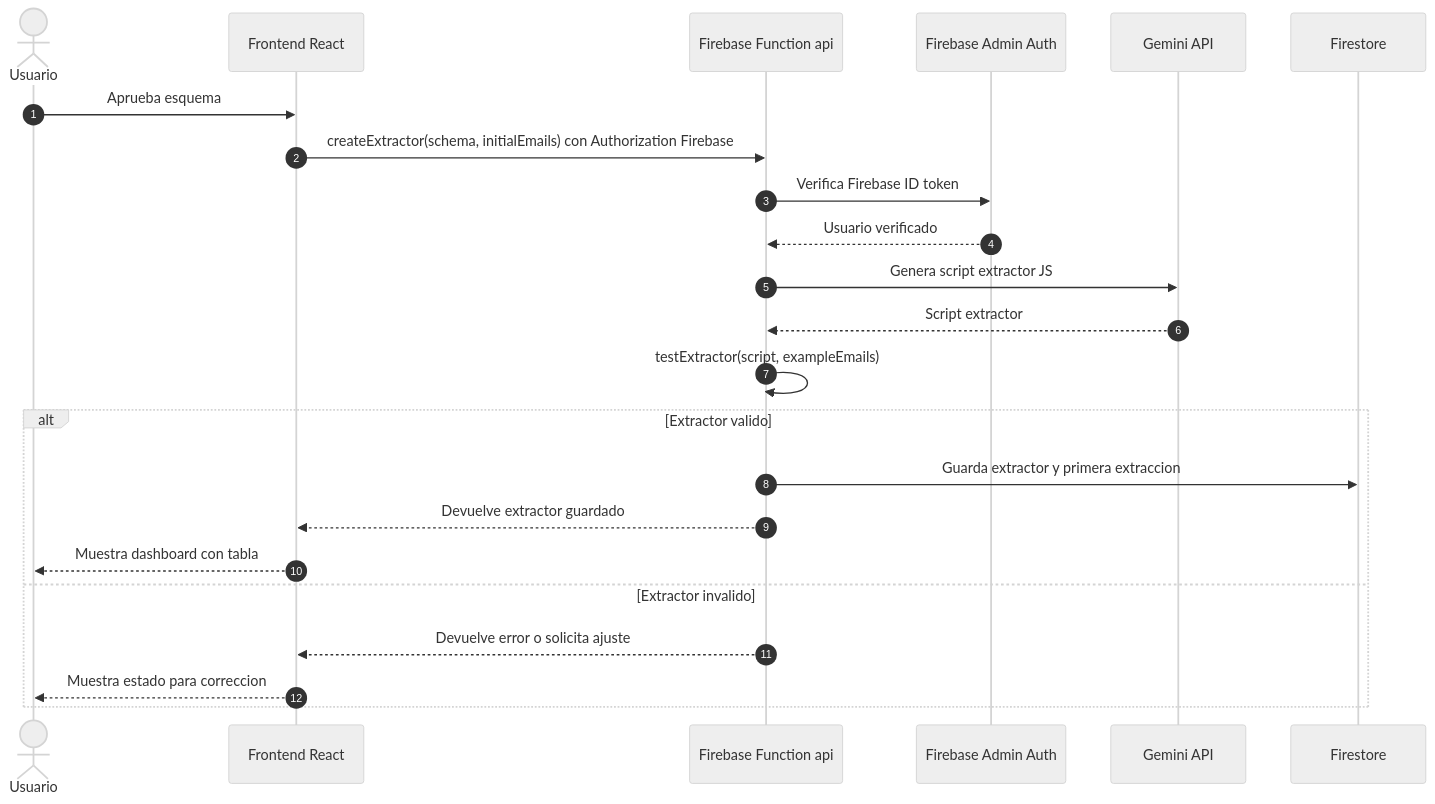
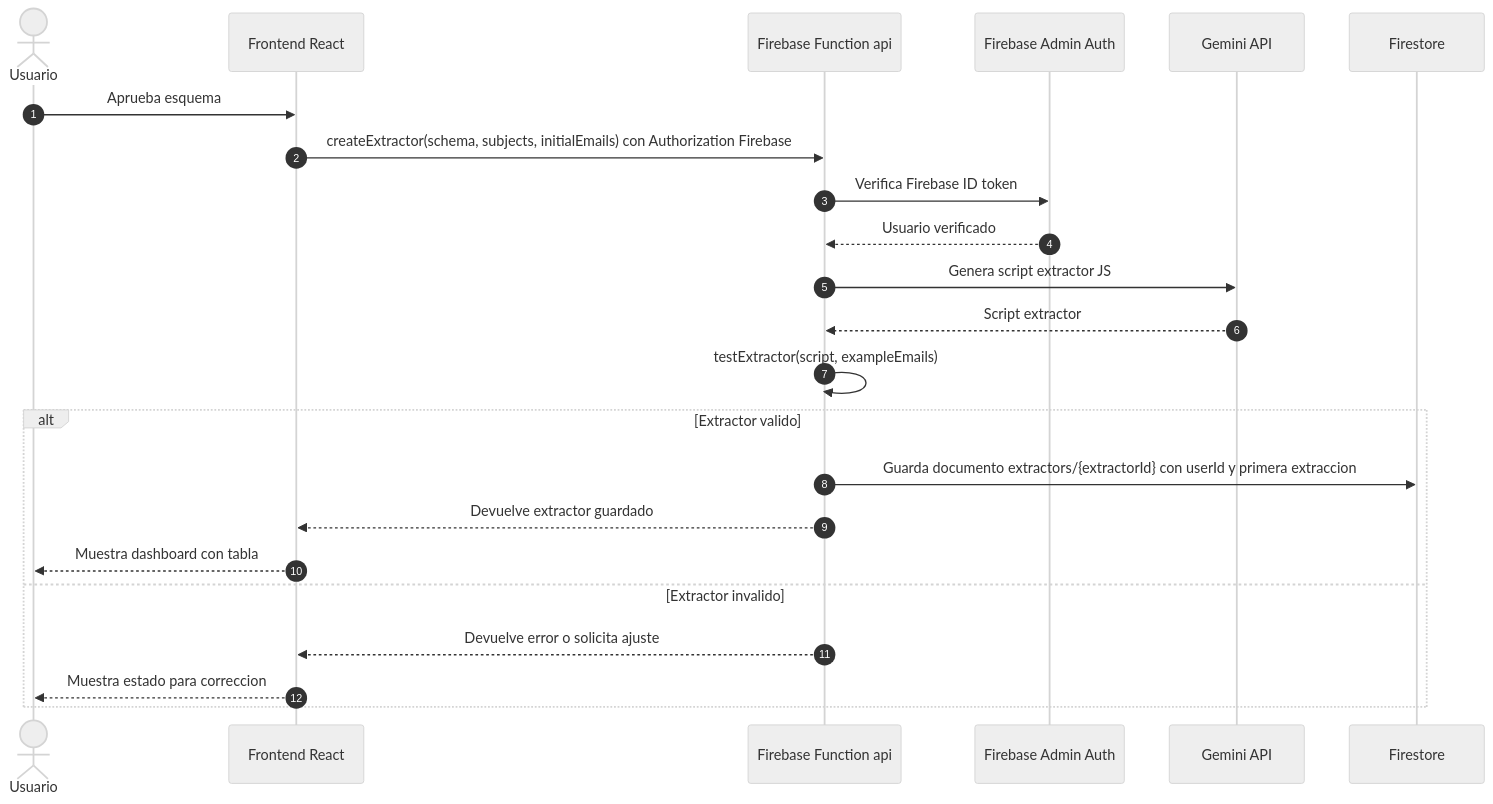
One commit to mijahilbarra/organizr changed the fifth of 9 diagrams in sequence-diagram.md. Above: the diagram before and after it, drawn with Mermaid (neutral theme). The commit also changed other lines of this file and 72 other files, not shown here.

````diff
--- a/sequence-diagram.md
+++ b/sequence-diagram.md
@@ -93,27 +120,27 @@
 ```mermaid
 sequenceDiagram
   autonumber
   actor User as Usuario
   participant Frontend as Frontend React
   participant Function as Firebase Function api
   participant FirebaseAuth as Firebase Admin Auth
   participant Gemini as Gemini API
   participant Firestore as Firestore
 
   User->>Frontend: Aprueba esquema
-  Frontend->>Function: createExtractor(schema, initialEmails) con Authorization Firebase
+  Frontend->>Function: createExtractor(schema, subjects, initialEmails) con Authorization Firebase
   Function->>FirebaseAuth: Verifica Firebase ID token
   FirebaseAuth-->>Function: Usuario verificado
   Function->>Gemini: Genera script extractor JS
   Gemini-->>Function: Script extractor
   Function->>Function: testExtractor(script, exampleEmails)
 
   alt Extractor valido
-    Function->>Firestore: Guarda extractor y primera extraccion
+    Function->>Firestore: Guarda documento extractors/{extractorId} con userId y primera extraccion
     Function-->>Frontend: Devuelve extractor guardado
     Frontend-->>User: Muestra dashboard con tabla
   else Extractor invalido
     Function-->>Frontend: Devuelve error o solicita ajuste
     Frontend-->>User: Muestra estado para correccion
   end
 ```
````
